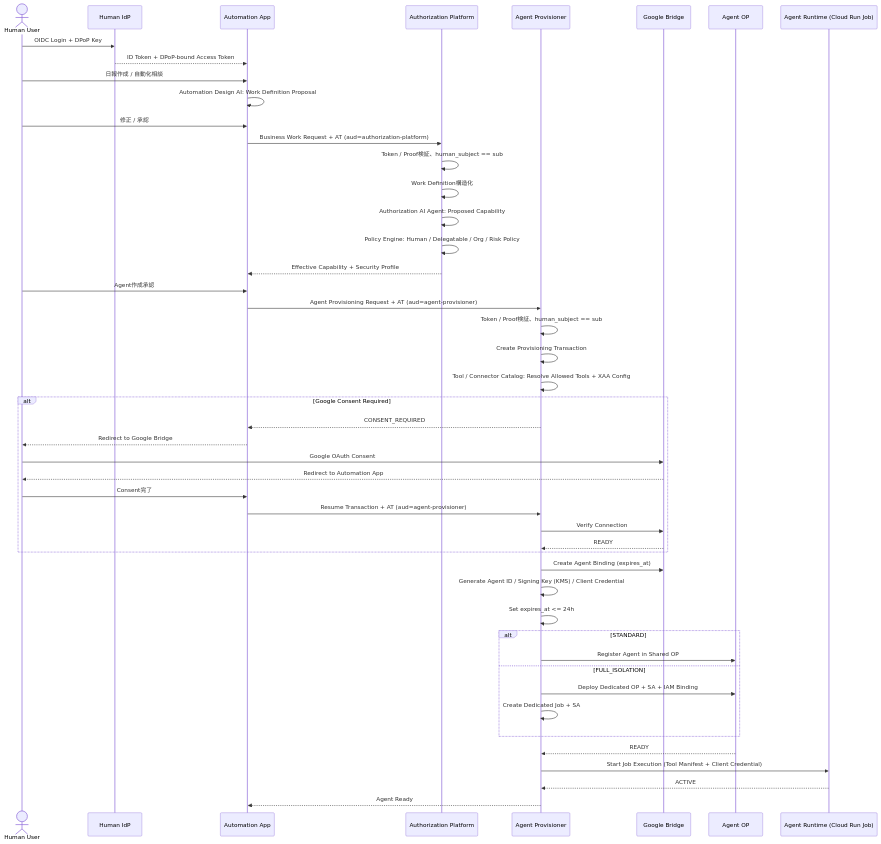
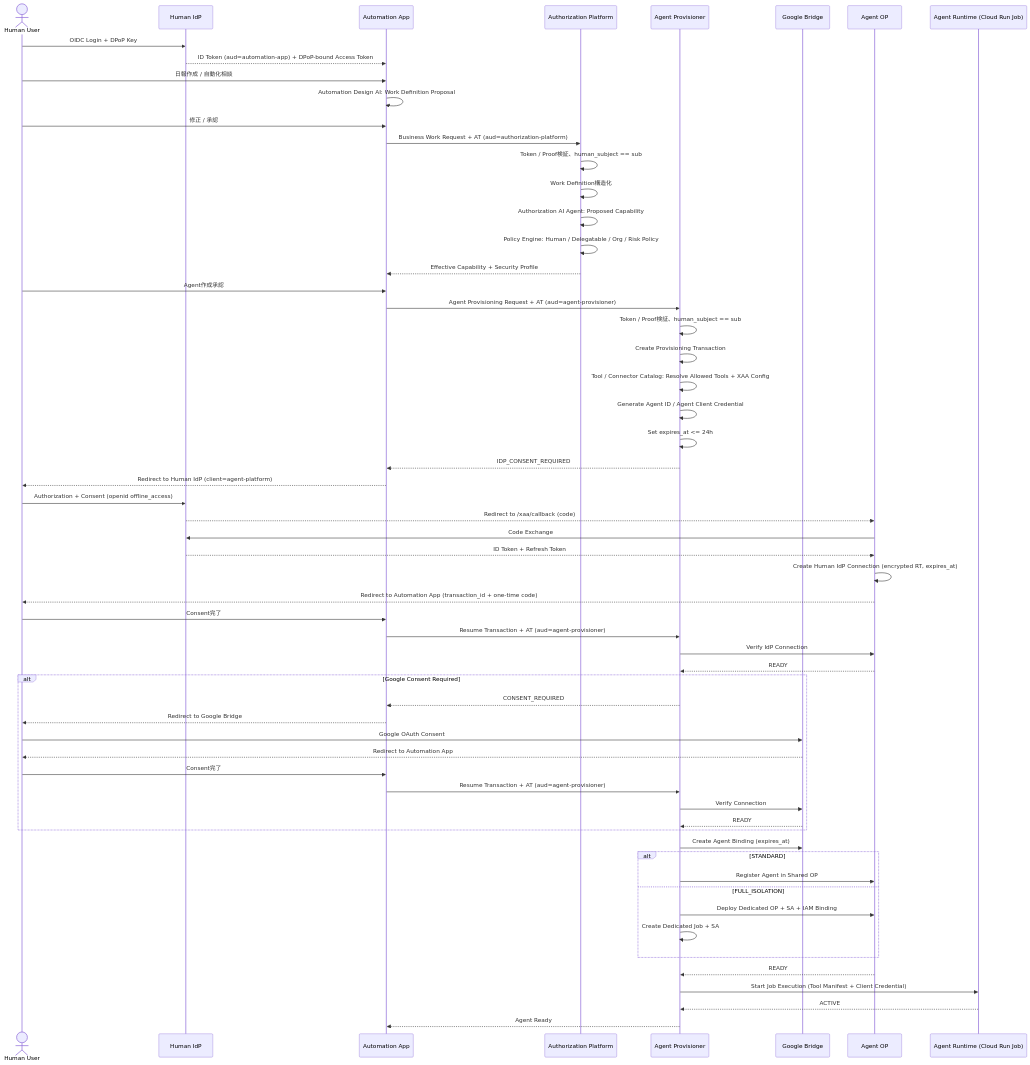
The first of 2 diagrams in docs/07-lifecycle.md (maronnjapan/agent-xaa-platform), drawn with Mermaid before and after one commit. The commit also changed other lines of this file and 13 other files, not shown here.

````diff
--- a/docs/07-lifecycle.md
+++ b/docs/07-lifecycle.md
@@ -69,51 +74,63 @@
 ```mermaid
 sequenceDiagram
     actor U as Human User
     participant HIDP as Human IdP
     participant AUTO as Automation App
     participant AUTHZ as Authorization Platform
     participant PROV as Agent Provisioner
     participant GB as Google Bridge
     participant OP as Agent OP
     participant RUN as Agent Runtime (Cloud Run Job)
 
     U->>HIDP: OIDC Login + DPoP Key
-    HIDP-->>AUTO: ID Token + DPoP-bound Access Token
+    HIDP-->>AUTO: ID Token (aud=automation-app) + DPoP-bound Access Token
     U->>AUTO: 日報作成 / 自動化相談
     AUTO->>AUTO: Automation Design AI: Work Definition Proposal
     U->>AUTO: 修正 / 承認
     AUTO->>AUTHZ: Business Work Request + AT (aud=authorization-platform)
     AUTHZ->>AUTHZ: Token / Proof検証、human_subject == sub
     AUTHZ->>AUTHZ: Work Definition構造化
     AUTHZ->>AUTHZ: Authorization AI Agent: Proposed Capability
     AUTHZ->>AUTHZ: Policy Engine: Human / Delegatable / Org / Risk Policy
     AUTHZ-->>AUTO: Effective Capability + Security Profile
     U->>AUTO: Agent作成承認
     AUTO->>PROV: Agent Provisioning Request + AT (aud=agent-provisioner)
     PROV->>PROV: Token / Proof検証、human_subject == sub
     PROV->>PROV: Create Provisioning Transaction
     PROV->>PROV: Tool / Connector Catalog: Resolve Allowed Tools + XAA Config
+    PROV->>PROV: Generate Agent ID / Agent Client Credential
+    PROV->>PROV: Set expires_at <= 24h
+    PROV-->>AUTO: IDP_CONSENT_REQUIRED
+    AUTO-->>U: Redirect to Human IdP (client=agent-platform)
+    U->>HIDP: Authorization + Consent (openid offline_access)
+    HIDP-->>OP: Redirect to /xaa/callback (code)
+    OP->>HIDP: Code Exchange
+    HIDP-->>OP: ID Token + Refresh Token
+    OP->>OP: Create Human IdP Connection (encrypted RT, expires_at)
+    OP-->>U: Redirect to Automation App (transaction_id + one-time code)
+    U->>AUTO: Consent完了
+    AUTO->>PROV: Resume Transaction + AT (aud=agent-provisioner)
+    PROV->>OP: Verify IdP Connection
+    OP-->>PROV: READY
     alt Google Consent Required
         PROV-->>AUTO: CONSENT_REQUIRED
         AUTO-->>U: Redirect to Google Bridge
         U->>GB: Google OAuth Consent
         GB-->>U: Redirect to Automation App
         U->>AUTO: Consent完了
         AUTO->>PROV: Resume Transaction + AT (aud=agent-provisioner)
         PROV->>GB: Verify Connection
         GB-->>PROV: READY
     end
     PROV->>GB: Create Agent Binding (expires_at)
-    PROV->>PROV: Generate Agent ID / Signing Key (KMS) / Client Credential
-    PROV->>PROV: Set expires_at <= 24h
     alt STANDARD
         PROV->>OP: Register Agent in Shared OP
     else FULL_ISOLATION
         PROV->>OP: Deploy Dedicated OP + SA + IAM Binding
         PROV->>PROV: Create Dedicated Job + SA
     end
     OP-->>PROV: READY
     PROV->>RUN: Start Job Execution (Tool Manifest + Client Credential)
     RUN-->>PROV: ACTIVE
     PROV-->>AUTO: Agent Ready
 ```
````
